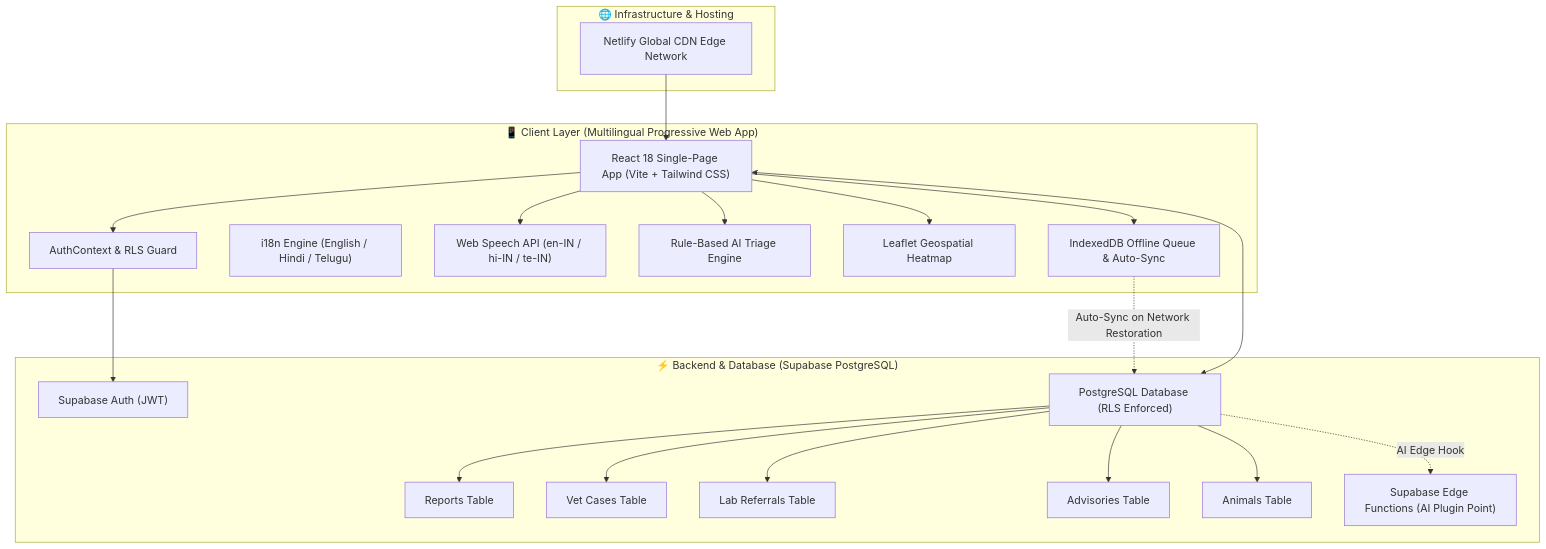
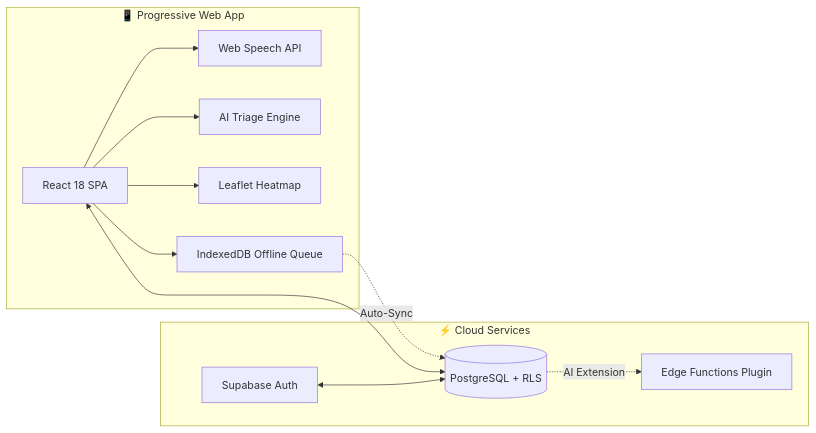
The diagram in README.md (GavaraNeha/JeevSetu_SIH), drawn with Mermaid before and after one commit. The commit also changed other lines of this file, not shown here.

````diff
--- a/README.md
+++ b/README.md
@@ -18,43 +64,25 @@
 ```mermaid
-graph TD
-    subgraph Client Layer ["📱 Client Layer (Multilingual Progressive Web App)"]
-        UI["React 18 Single-Page App (Vite + Tailwind CSS)"]
-        AUTH["AuthContext & RLS Guard"]
-        I18N["i18n Engine (English / Hindi / Telugu)"]
-        VOICE["Web Speech API (en-IN / hi-IN / te-IN)"]
-        TRIAGE["Rule-Based AI Triage Engine"]
-        MAP["Leaflet Geospatial Heatmap"]
-        OFFLINE["IndexedDB Offline Queue & Auto-Sync"]
+graph LR
+    subgraph Client ["📱 Progressive Web App"]
+        UI["React 18 SPA"]
+        VOICE["Web Speech API"]
+        TRIAGE["AI Triage Engine"]
+        MAP["Leaflet Heatmap"]
+        QUEUE["IndexedDB Offline Queue"]
     end
 
-    subgraph Backend Layer ["⚡ Backend & Database (Supabase PostgreSQL)"]
-        AUTH_DB["Supabase Auth (JWT)"]
-        PG["PostgreSQL Database (RLS Enforced)"]
-        REPORTS["Reports Table"]
-        CASES["Vet Cases Table"]
-        LABS["Lab Referrals Table"]
-        ADVISORIES["Advisories Table"]
-        ANIMALS["Animals Table"]
-        EDGE["Supabase Edge Functions (AI Plugin Point)"]
-    end
-
-    subgraph Infrastructure ["🌐 Infrastructure & Hosting"]
-        NETLIFY["Netlify Global CDN Edge Network"]
+    subgraph Backend ["⚡ Cloud Services"]
+        AUTH["Supabase Auth"]
+        DB[(PostgreSQL + RLS)]
+        EDGE["Edge Functions Plugin"]
     end
 
     UI --> VOICE
     UI --> TRIAGE
     UI --> MAP
-    UI --> OFFLINE
-    UI --> AUTH
-    AUTH --> AUTH_DB
-    OFFLINE -. Auto-Sync on Network Restoration .-> PG
-    UI <--> PG
-    PG --> REPORTS
-    PG --> CASES
-    PG --> LABS
-    PG --> ADVISORIES
-    PG --> ANIMALS
-    PG -. AI Edge Hook .-> EDGE
-    NETLIFY --> UI
+    UI --> QUEUE
+    QUEUE -. Auto-Sync .-> DB
+    UI <--> DB
+    AUTH <--> DB
+    DB -. AI Extension .-> EDGE
 ```
````
